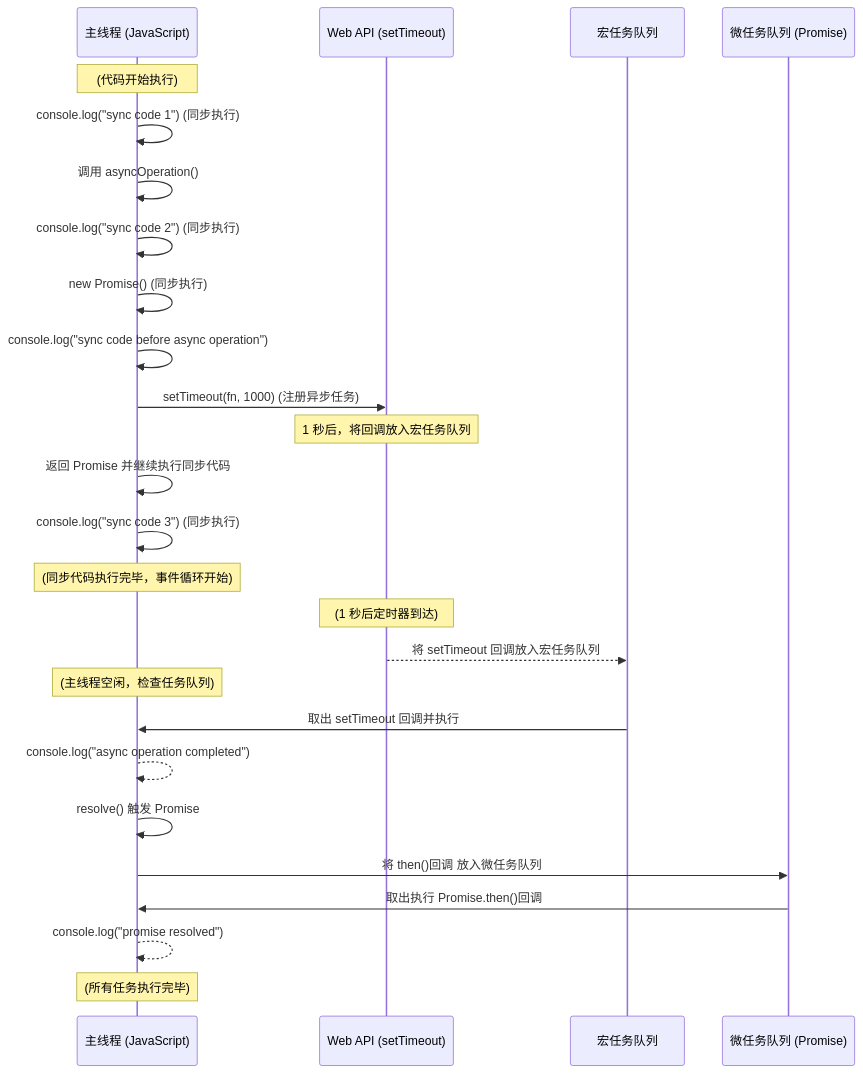
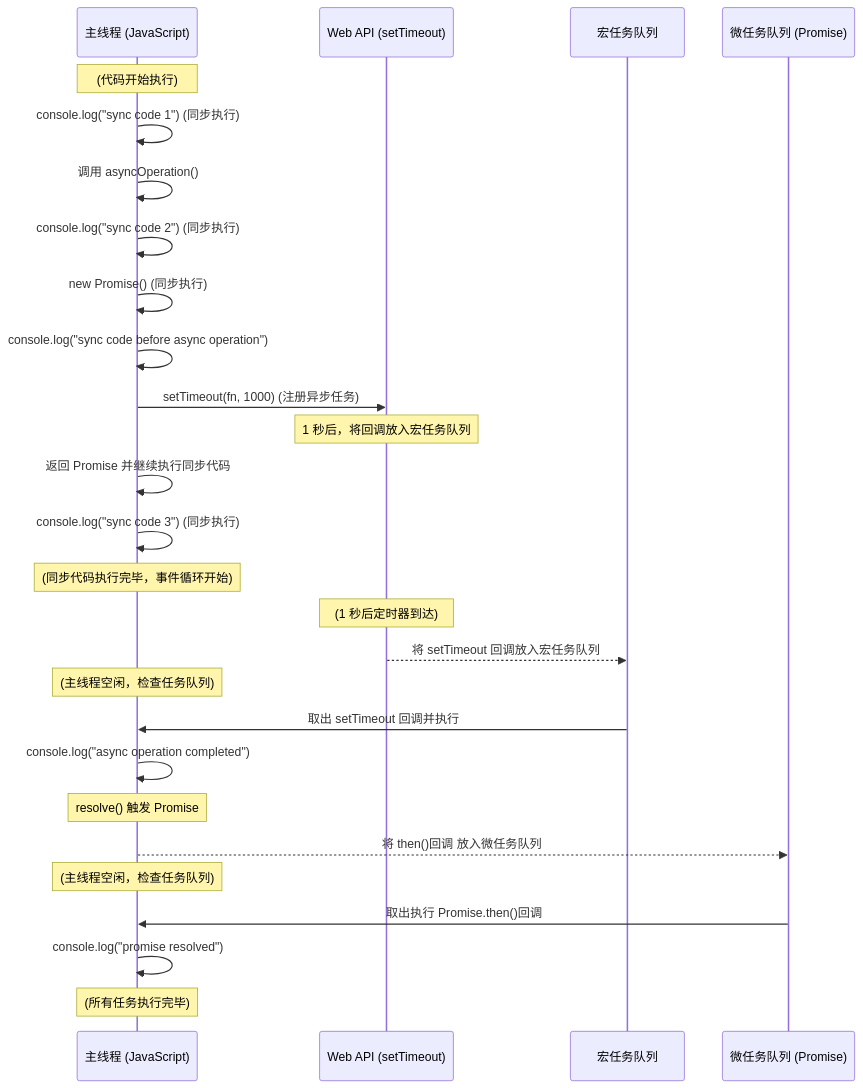
The diagram in blog/comprehensive-of-javascript/index.mdx (marvin-season/blog-website), drawn with Mermaid before and after one commit. The commit also changed other lines of this file and 2 other files, not shown here.

Commit message:
fix: update favicon

````diff
--- a/blog/comprehensive-of-javascript/index.mdx
+++ b/blog/comprehensive-of-javascript/index.mdx
@@ -120,41 +119,43 @@
 ```mermaid
 sequenceDiagram
     participant MainThread as 主线程 (JavaScript)
     participant WebAPI as Web API (setTimeout)
     participant MacroTaskQueue as 宏任务队列
     participant MicroTaskQueue as 微任务队列 (Promise)
 
     Note over MainThread: (代码开始执行)
     
     MainThread->>MainThread: console.log("sync code 1") (同步执行)
 
     MainThread->>MainThread: 调用 asyncOperation()
     MainThread->>MainThread: console.log("sync code 2") (同步执行)
     
     MainThread->>MainThread: new Promise() (同步执行)
     MainThread->>MainThread: console.log("sync code before async operation")
     
     MainThread->>WebAPI: setTimeout(fn, 1000) (注册异步任务)
     Note over WebAPI: 1 秒后，将回调放入宏任务队列
     
     MainThread->>MainThread: 返回 Promise 并继续执行同步代码
     MainThread->>MainThread: console.log("sync code 3") (同步执行)
     
     Note over MainThread: (同步代码执行完毕，事件循环开始)
 
     Note over WebAPI: (1 秒后定时器到达)
     WebAPI-->>MacroTaskQueue: 将 setTimeout 回调放入宏任务队列
 
     Note over MainThread: (主线程空闲，检查任务队列)
 
     MacroTaskQueue->>MainThread: 取出 setTimeout 回调并执行
-    MainThread-->>MainThread: console.log("async operation completed")
+    MainThread->>MainThread: console.log("async operation completed")
     
-    MainThread->>MainThread: resolve() 触发 Promise
-    MainThread->>MicroTaskQueue: 将 then()回调 放入微任务队列
-    
+    Note over MainThread: resolve() 触发 Promise
+    MainThread-->>MicroTaskQueue: 将 then()回调 放入微任务队列
+
+    Note over MainThread: (主线程空闲，检查任务队列)
+
     MicroTaskQueue->>MainThread: 取出执行 Promise.then()回调
-    MainThread-->>MainThread: console.log("promise resolved")
+    MainThread->>MainThread: console.log("promise resolved")
 
     Note over MainThread: (所有任务执行完毕)
 ```
````
